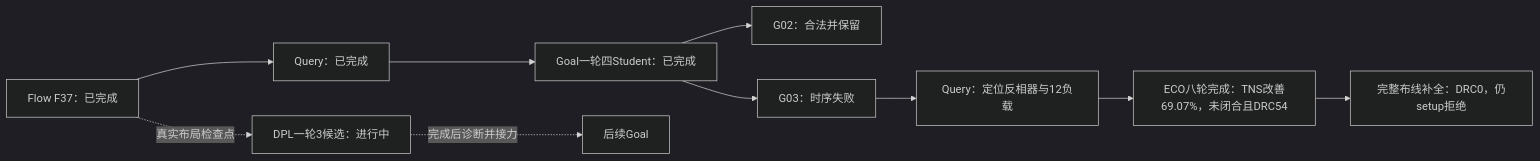
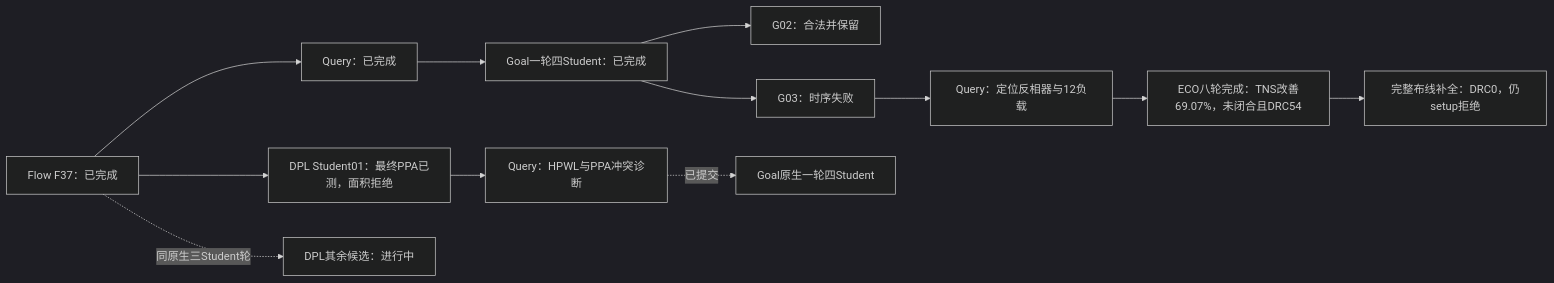
One commit to CODA-Team/ChipEvolve changed the first of 2 diagrams in admin/INVITED_PAPER_RESULTS_20261020.md. Above: the diagram before and after it, drawn with Mermaid (dark theme). The commit also changed other lines of this file and 5 other files, not shown here.

````diff
--- a/admin/INVITED_PAPER_RESULTS_20261020.md
+++ b/admin/INVITED_PAPER_RESULTS_20261020.md
@@ -34,12 +35,14 @@
 ```mermaid
 flowchart LR
  F[Flow F37：已完成] --> Q[Query：已完成]
  Q --> G[Goal一轮四Student：已完成]
  G --> G2[G02：合法并保留]
  G --> G3[G03：时序失败]
  G3 --> QE[Query：定位反相器与12负载]
  QE --> E[ECO八轮完成：TNS改善69.07%，未闭合且DRC54]
  E --> R[完整布线补全：DRC0，仍setup拒绝]
- F -. 真实布局检查点 .-> D[DPL一轮3候选：进行中]
- D -. 完成后诊断并接力 .-> GN[后续Goal]
+ F --> D1[DPL Student01：最终PPA已测，面积拒绝]
+ F -. 同原生三Student轮 .-> D[DPL其余候选：进行中]
+ D1 --> QD[Query：HPWL与PPA冲突诊断]
+ QD -. 已提交 .-> GN[Goal原生一轮四Student]
 ```
````
